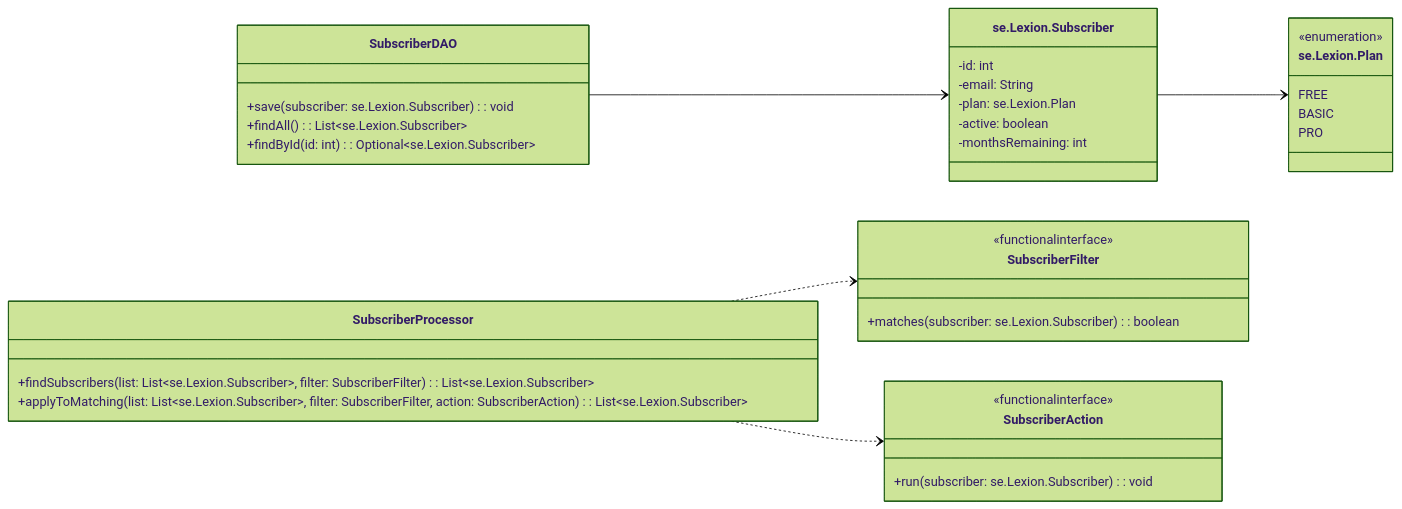
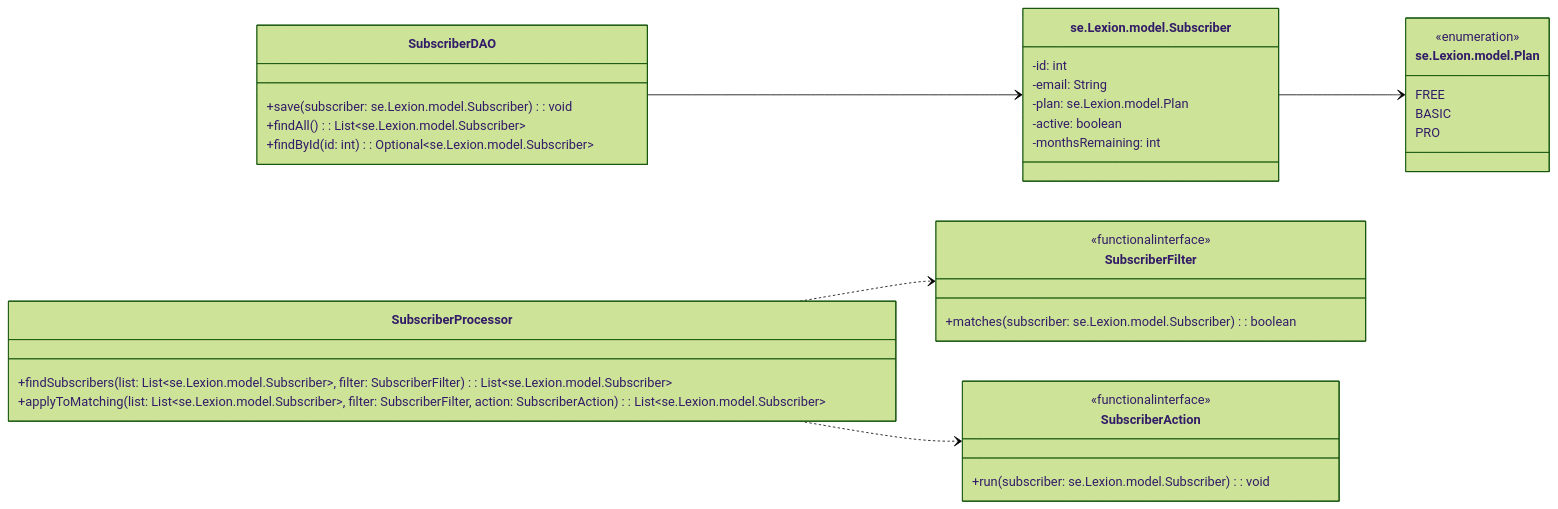
Before and after one commit to KristyH89/Workshop9-Functional-Programming: the diagram in Functional_Programming_Workshop.md, drawn with Mermaid (forest theme). The commit also changed other lines of this file and 11 other files, not shown here.

````diff
--- a/Functional_Programming_Workshop.md
+++ b/Functional_Programming_Workshop.md
@@ -16,45 +16,45 @@
 ```mermaid
 classDiagram
     direction LR
 
-    class se.Lexion.Subscriber {
+    class se.Lexion.model.Subscriber {
         -id: int
         -email: String
-        -plan: se.Lexion.Plan
+        -plan: se.Lexion.model.Plan
         -active: boolean
         -monthsRemaining: int
     }
 
-    class se.Lexion.Plan {
+    class se.Lexion.model.Plan {
         <<enumeration>>
         FREE
         BASIC
         PRO
     }
 
     class SubscriberDAO {
-        +save(subscriber: se.Lexion.Subscriber): void
-        +findAll(): List~se.Lexion.Subscriber~
-        +findById(id: int): Optional~se.Lexion.Subscriber~
+        +save(subscriber: se.Lexion.model.Subscriber): void
+        +findAll(): List~se.Lexion.model.Subscriber~
+        +findById(id: int): Optional~se.Lexion.model.Subscriber~
     }
 
     class SubscriberFilter {
         <<functionalinterface>>
-        +matches(subscriber: se.Lexion.Subscriber): boolean
+        +matches(subscriber: se.Lexion.model.Subscriber): boolean
     }
 
     class SubscriberAction {
         <<functionalinterface>>
-        +run(subscriber: se.Lexion.Subscriber): void
+        +run(subscriber: se.Lexion.model.Subscriber): void
     }
 
     class SubscriberProcessor {
-        +findSubscribers(list: List~se.Lexion.Subscriber~, filter: SubscriberFilter): List~se.Lexion.Subscriber~
-        +applyToMatching(list: List~se.Lexion.Subscriber~, filter: SubscriberFilter, action: SubscriberAction): List~se.Lexion.Subscriber~
+        +findSubscribers(list: List~se.Lexion.model.Subscriber~, filter: SubscriberFilter): List~se.Lexion.model.Subscriber~
+        +applyToMatching(list: List~se.Lexion.model.Subscriber~, filter: SubscriberFilter, action: SubscriberAction): List~se.Lexion.model.Subscriber~
     }
 
-    se.Lexion.Subscriber --> se.Lexion.Plan
-    SubscriberDAO --> se.Lexion.Subscriber
+    se.Lexion.model.Subscriber --> se.Lexion.model.Plan
+    SubscriberDAO --> se.Lexion.model.Subscriber
     SubscriberProcessor ..> SubscriberFilter
     SubscriberProcessor ..> SubscriberAction
 ```
````
